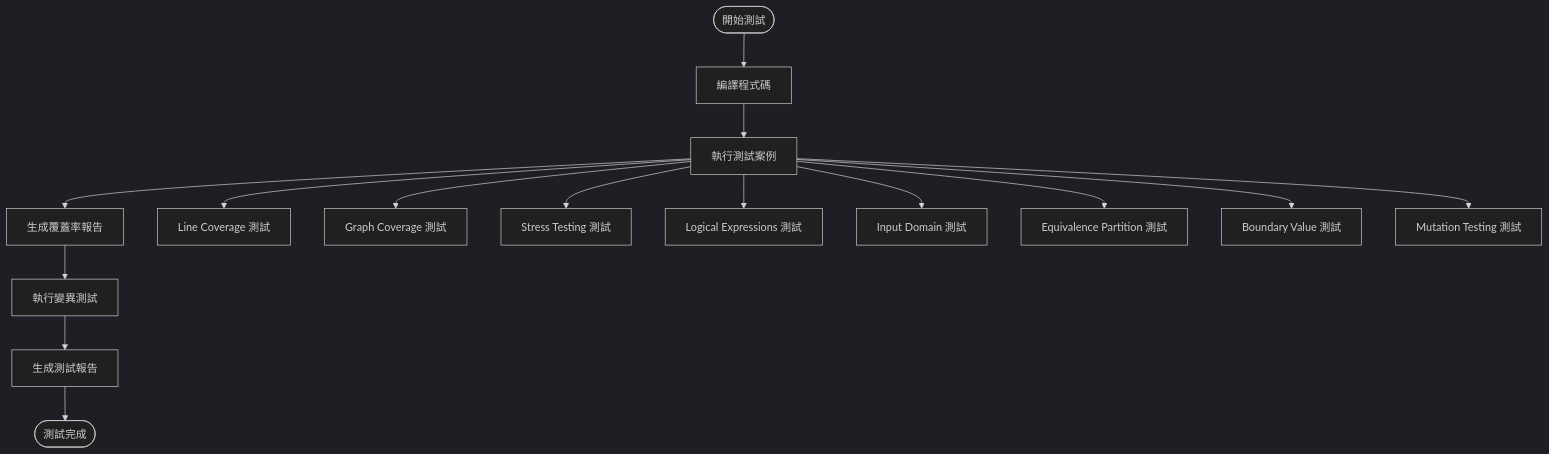
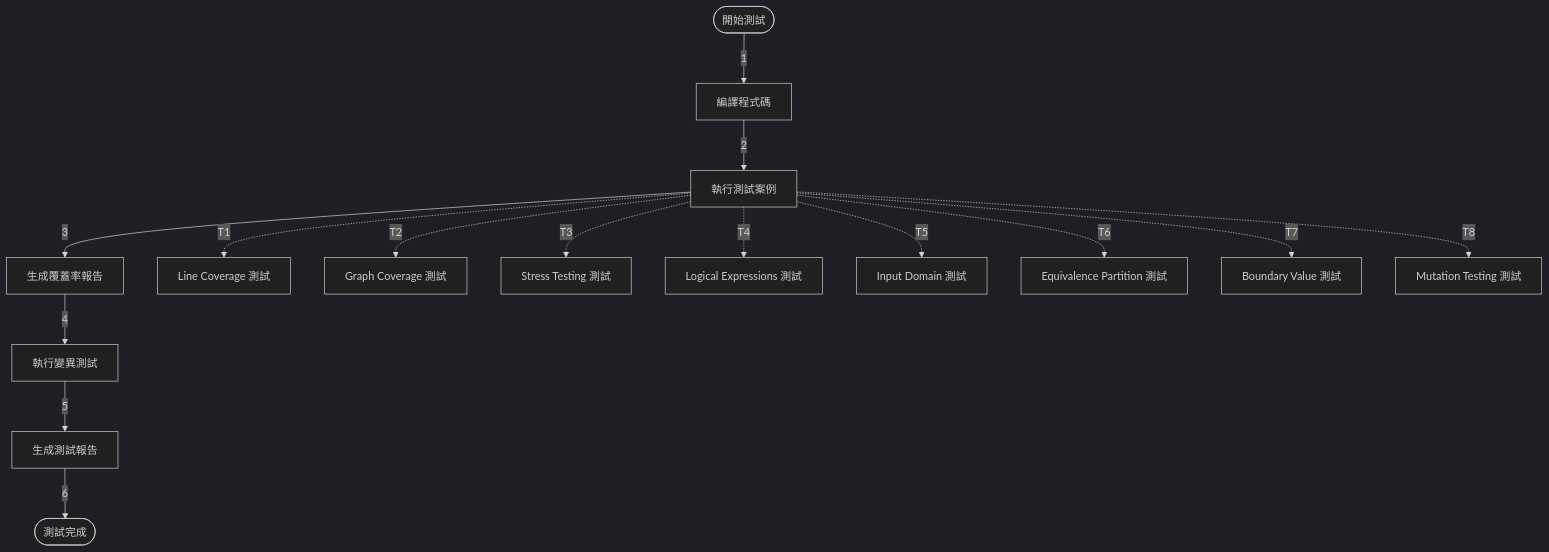
Before and after one commit to leecheenbao/ntou-sfm-homework: the sixth of 7 diagrams in test_report_flow.md, drawn with Mermaid (dark theme). The commit also changed other lines of this file, not shown here.

Commit message:
update: test flow

````diff
--- a/test_report_flow.md
+++ b/test_report_flow.md
@@ -120,18 +210,18 @@
 ```mermaid
 flowchart TD
-    Start([開始測試]) --> Compile["編譯程式碼"]
-    Compile --> RunTests["執行測試案例"]
-    RunTests --> Coverage["生成覆蓋率報告"]
-    Coverage --> Mutation["執行變異測試"]
-    Mutation --> Report["生成測試報告"]
-    Report --> End([測試完成])
+    Start([開始測試]) -->|1| Compile["編譯程式碼"]
+    Compile -->|2| RunTests["執行測試案例"]
+    RunTests -->|3| Coverage["生成覆蓋率報告"]
+    Coverage -->|4| Mutation["執行變異測試"]
+    Mutation -->|5| Report["生成測試報告"]
+    Report -->|6| End([測試完成])
     
-    RunTests --> LineTest["Line Coverage 測試"]
-    RunTests --> GraphTest["Graph Coverage 測試"]
-    RunTests --> StressTest["Stress Testing 測試"]
-    RunTests --> LogicTest["Logical Expressions 測試"]
-    RunTests --> InputTest["Input Domain 測試"]
-    RunTests --> EquivTest["Equivalence Partition 測試"]
-    RunTests --> BoundaryTest["Boundary Value 測試"]
-    RunTests --> MutationTest["Mutation Testing 測試"]
+    RunTests -.->|T1| LineTest["Line Coverage 測試"]
+    RunTests -.->|T2| GraphTest["Graph Coverage 測試"]
+    RunTests -.->|T3| StressTest["Stress Testing 測試"]
+    RunTests -.->|T4| LogicTest["Logical Expressions 測試"]
+    RunTests -.->|T5| InputTest["Input Domain 測試"]
+    RunTests -.->|T6| EquivTest["Equivalence Partition 測試"]
+    RunTests -.->|T7| BoundaryTest["Boundary Value 測試"]
+    RunTests -.->|T8| MutationTest["Mutation Testing 測試"]
 ```
````
